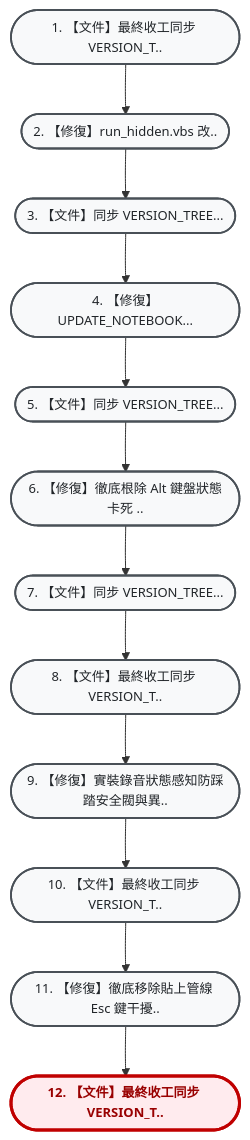
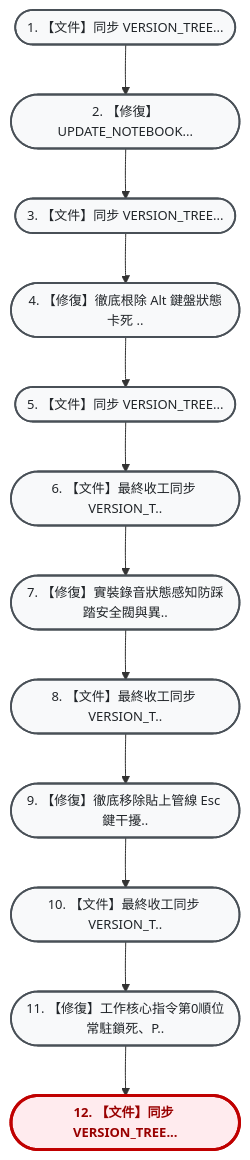
One commit to hjen8/NoType-Scribe changed the diagram in VERSION_TREE.md. Above: the diagram before and after it, drawn with Mermaid. The commit also changed other lines of this file, not shown here.

Commit message:
【文件】同步 VERSION_TREE.md (Task 60 完工收工)

````diff
--- a/VERSION_TREE.md
+++ b/VERSION_TREE.md
@@ -13,30 +13,30 @@
 ```mermaid
 flowchart TD
     %% 雙壁版本樹專用視覺化配色風格 (由上而下 TD 垂直大字純中文版)
     classDef default fill:#f8f9fa,stroke:#495057,stroke-width:1.8px,color:#212529,font-size:13px;
     classDef current fill:#ffebee,stroke:#c00000,stroke-width:3px,color:#900,font-weight:bold,font-size:13px;
     classDef mergeNode fill:#e3f2fd,stroke:#1565c0,stroke-width:2px,color:#0d47a1,font-size:13px;
-    n_aa9902c(["1. 【文件】最終收工同步 VERSION_T.."]):::default
-    n_fcd881b(["2. 【修復】run_hidden.vbs 改.."]):::default
-    n_2a21125(["3. 【文件】同步 VERSION_TREE..."]):::default
-    n_a22a9d3(["4. 【修復】UPDATE_NOTEBOOK..."]):::default
-    n_95a7624(["5. 【文件】同步 VERSION_TREE..."]):::default
-    n_aef1404(["6. 【修復】徹底根除 Alt 鍵盤狀態卡死 .."]):::default
-    n_e84eb66(["7. 【文件】同步 VERSION_TREE..."]):::default
-    n_84b947b(["8. 【文件】最終收工同步 VERSION_T.."]):::default
-    n_8774d72(["9. 【修復】實裝錄音狀態感知防踩踏安全閥與異.."]):::default
-    n_3b1109f(["10. 【文件】最終收工同步 VERSION_T.."]):::default
-    n_3fd94e8(["11. 【修復】徹底移除貼上管線 Esc 鍵干擾.."]):::default
-    n_6205a34(["12. 【文件】最終收工同步 VERSION_T.."]):::current
-    n_aa9902c --> n_fcd881b
-    n_fcd881b --> n_2a21125
+    n_2a21125(["1. 【文件】同步 VERSION_TREE..."]):::default
+    n_a22a9d3(["2. 【修復】UPDATE_NOTEBOOK..."]):::default
+    n_95a7624(["3. 【文件】同步 VERSION_TREE..."]):::default
+    n_aef1404(["4. 【修復】徹底根除 Alt 鍵盤狀態卡死 .."]):::default
+    n_e84eb66(["5. 【文件】同步 VERSION_TREE..."]):::default
+    n_84b947b(["6. 【文件】最終收工同步 VERSION_T.."]):::default
+    n_8774d72(["7. 【修復】實裝錄音狀態感知防踩踏安全閥與異.."]):::default
+    n_3b1109f(["8. 【文件】最終收工同步 VERSION_T.."]):::default
+    n_3fd94e8(["9. 【修復】徹底移除貼上管線 Esc 鍵干擾.."]):::default
+    n_796160e(["10. 【文件】最終收工同步 VERSION_T.."]):::default
+    n_01556eb(["11. 【修復】工作核心指令第0順位常駐鎖死、P.."]):::default
+    n_df0bfc4(["12. 【文件】同步 VERSION_TREE..."]):::current
     n_2a21125 --> n_a22a9d3
     n_a22a9d3 --> n_95a7624
     n_95a7624 --> n_aef1404
     n_aef1404 --> n_e84eb66
     n_e84eb66 --> n_84b947b
     n_84b947b --> n_8774d72
     n_8774d72 --> n_3b1109f
     n_3b1109f --> n_3fd94e8
-    n_3fd94e8 --> n_6205a34
+    n_3fd94e8 --> n_796160e
+    n_796160e --> n_01556eb
+    n_01556eb --> n_df0bfc4
 ```
````
